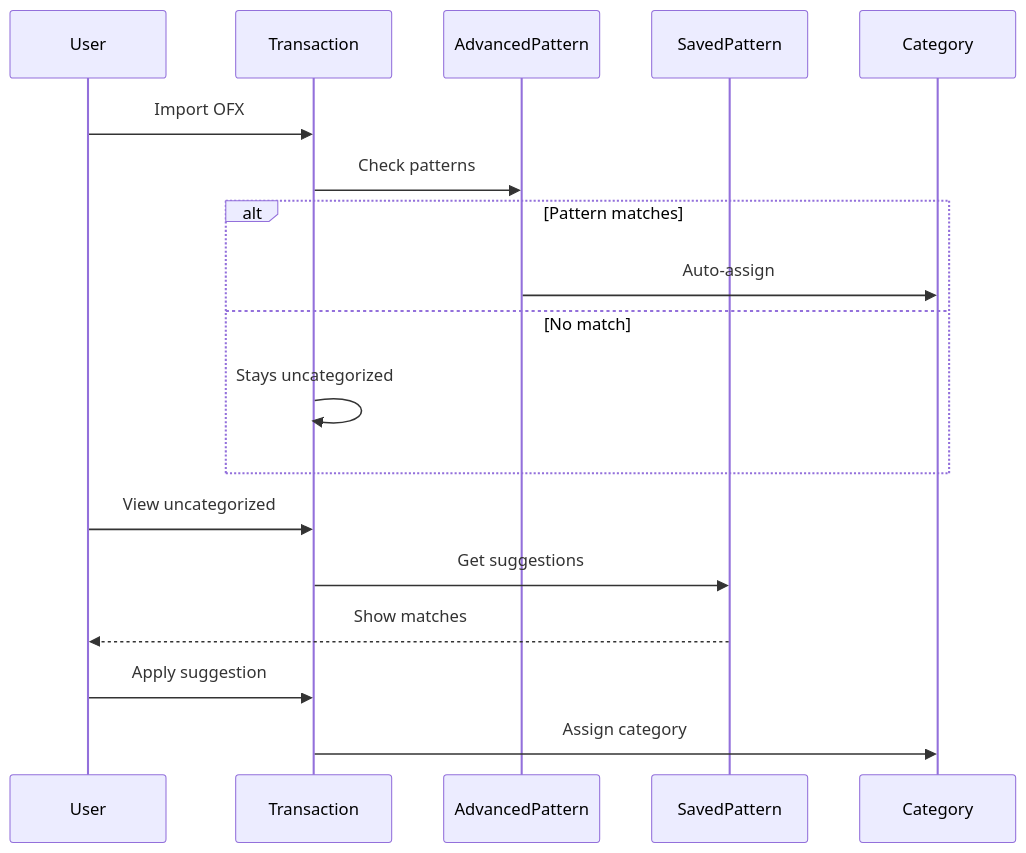
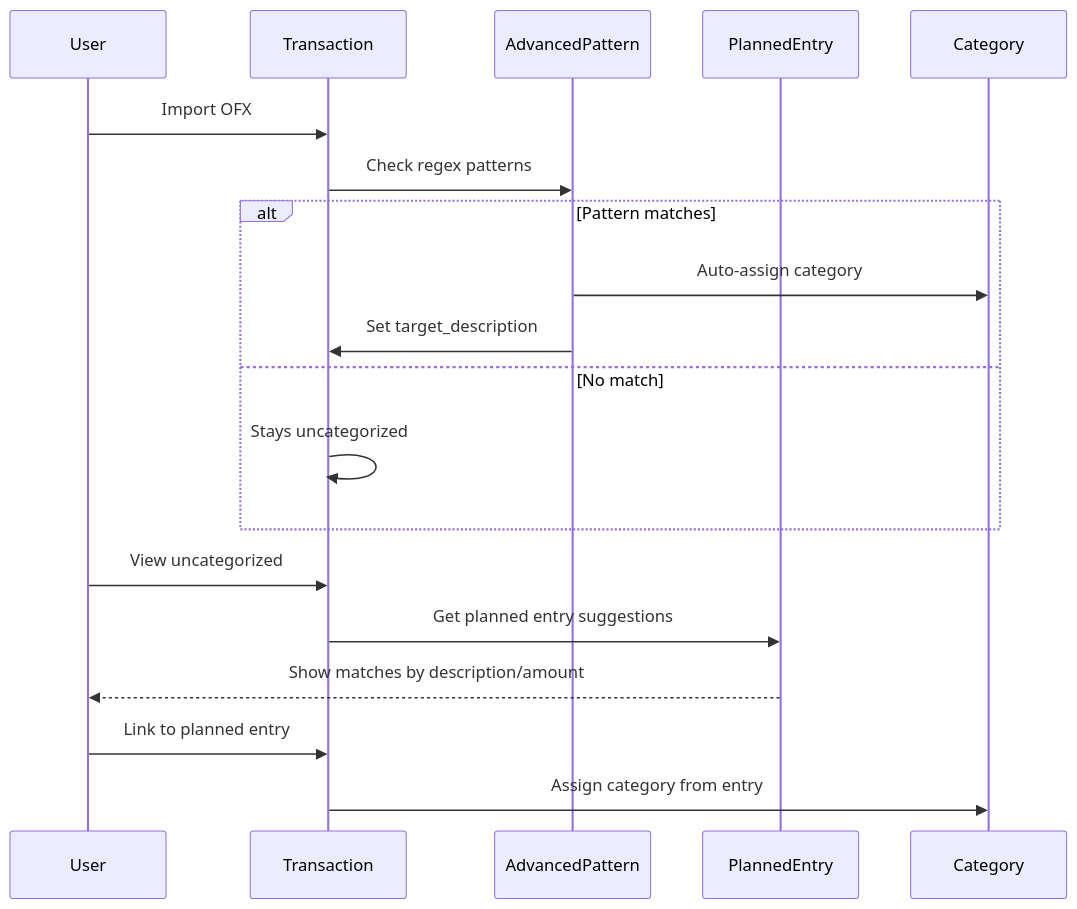
The second of 3 diagrams in docs/domains.md (lucastamoios/celeiro), drawn with Mermaid before and after one commit. The commit also changed other lines of this file and 6 other files, not shown here.

````diff
--- a/docs/domains.md
+++ b/docs/domains.md
@@ -131,22 +178,23 @@
 ```mermaid
 sequenceDiagram
     participant U as User
     participant TX as Transaction
     participant AP as AdvancedPattern
-    participant SP as SavedPattern
+    participant PE as PlannedEntry
     participant CAT as Category
 
     U->>TX: Import OFX
-    TX->>AP: Check patterns
+    TX->>AP: Check regex patterns
     alt Pattern matches
-        AP->>CAT: Auto-assign
+        AP->>CAT: Auto-assign category
+        AP->>TX: Set target_description
     else No match
         TX->>TX: Stays uncategorized
     end
 
     U->>TX: View uncategorized
-    TX->>SP: Get suggestions
-    SP-->>U: Show matches
-    U->>TX: Apply suggestion
-    TX->>CAT: Assign category
+    TX->>PE: Get planned entry suggestions
+    PE-->>U: Show matches by description/amount
+    U->>TX: Link to planned entry
+    TX->>CAT: Assign category from entry
 ```
````
